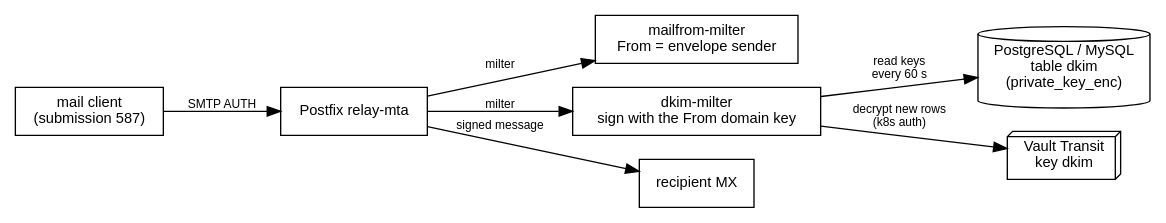
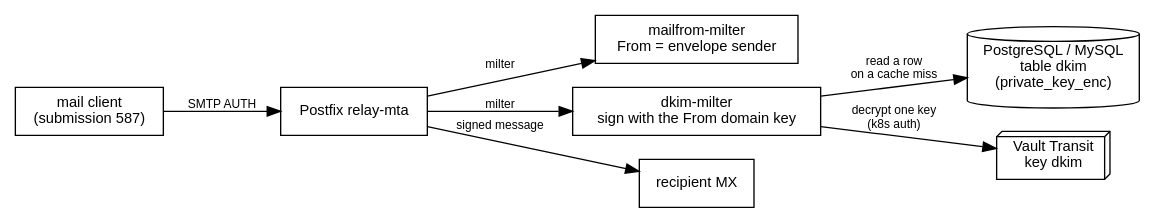
The diagram in doc/arch-dkim.dot (yarilomail/dkim-milter), drawn with Graphviz before and after one commit. The commit also changed 16 other files, not shown here.

First line of the commit message:
feat: keys on demand in a bounded cache (#4)

```diff
--- a/doc/arch-dkim.dot
+++ b/doc/arch-dkim.dot
@@ -1,16 +1,16 @@
 digraph dkim {
   rankdir=LR; node [shape=box, fontname="Helvetica", fontsize=11]; edge [fontname="Helvetica", fontsize=9];
   client [label="mail client\n(submission 587)"];
   postfix [label="Postfix relay-mta"];
   mf [label="mailfrom-milter\nFrom = envelope sender"];
   dk [label="dkim-milter\nsign with the From domain key"];
   db [label="PostgreSQL / MySQL\ntable dkim\n(private_key_enc)", shape=cylinder];
   vault [label="Vault Transit\nkey dkim", shape=box3d];
   out [label="recipient MX"];
   client -> postfix [label="SMTP AUTH"];
   postfix -> mf [label="milter"];
   postfix -> dk [label="milter"];
-  dk -> db [label="read keys\nevery 60 s"];
-  dk -> vault [label="decrypt new rows\n(k8s auth)"];
+  dk -> db [label="read a row\non a cache miss"];
+  dk -> vault [label="decrypt one key\n(k8s auth)"];
   postfix -> out [label="signed message"];
 }
```
